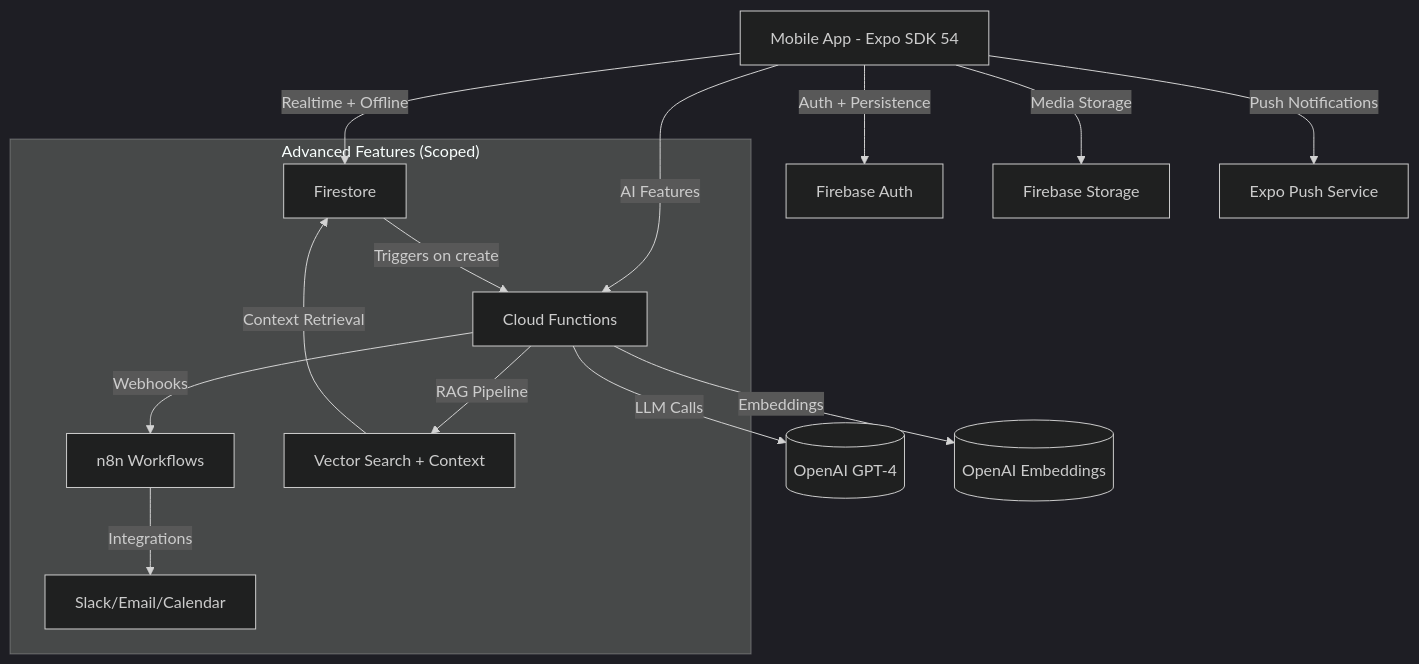
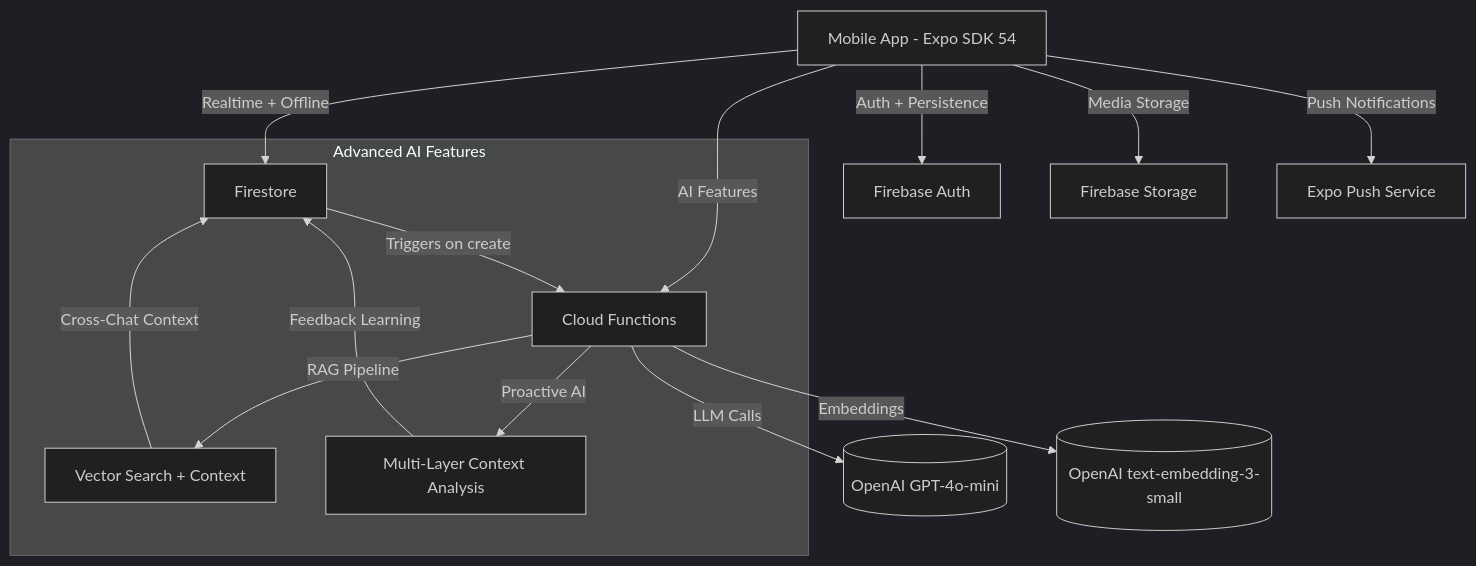
One commit to mdayku/wazzap changed the first of 6 diagrams in ARCHITECTURE.md. Above: the diagram before and after it, drawn with Mermaid (dark theme). The commit also changed other lines of this file and 5 other files, not shown here.

First line of the commit message:
docs: merge architecture docs and add Seinfeld Mode concept

````diff
--- a/ARCHITECTURE.md
+++ b/ARCHITECTURE.md
@@ -5,18 +11,18 @@
 ```mermaid
 flowchart TD
     A[Mobile App - Expo SDK 54] -->|Auth + Persistence| B[Firebase Auth]
     A -->|Realtime + Offline| C[Firestore]
     A -->|Media Storage| D[Firebase Storage]
     A -->|Push Notifications| E[Expo Push Service]
     A -->|AI Features| F[Cloud Functions]
-    F -->|LLM Calls| G[(OpenAI GPT-4)]
-    F -->|Embeddings| H[(OpenAI Embeddings)]
+    F -->|LLM Calls| G[(OpenAI GPT-4o-mini)]
+    F -->|Embeddings| H[(OpenAI text-embedding-3-small)]
     C -->|Triggers on create| F
     
-    subgraph "Advanced Features (Scoped)"
-        F -->|Webhooks| I[n8n Workflows]
-        I -->|Integrations| J[Slack/Email/Calendar]
+    subgraph "Advanced AI Features"
         F -->|RAG Pipeline| K[Vector Search + Context]
-        K -->|Context Retrieval| C
+        K -->|Cross-Chat Context| C
+        F -->|Proactive AI| L[Multi-Layer Context Analysis]
+        L -->|Feedback Learning| C
     end
 ```
````
